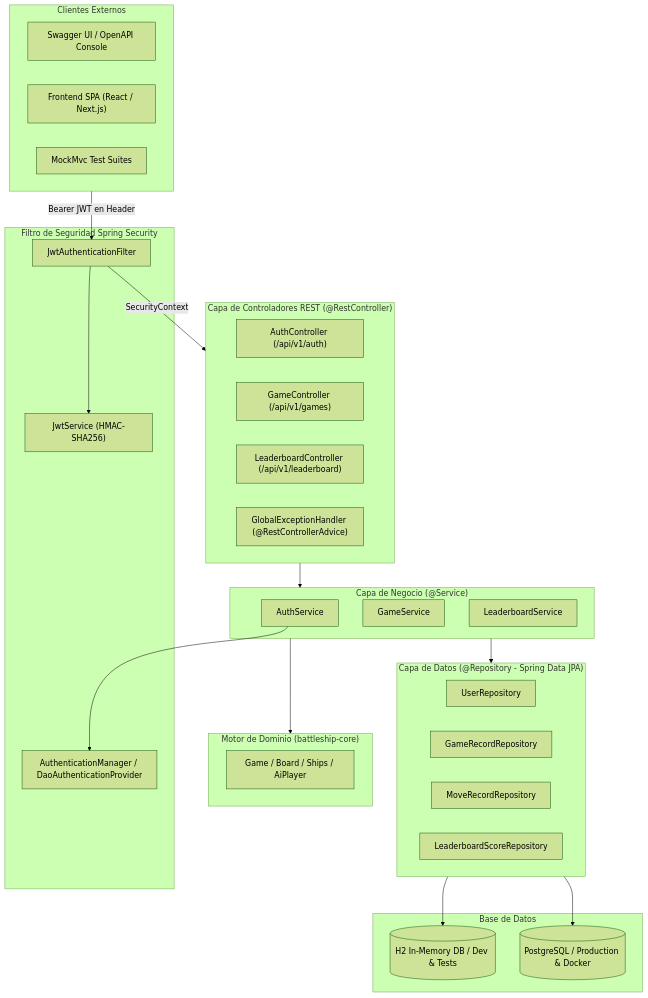
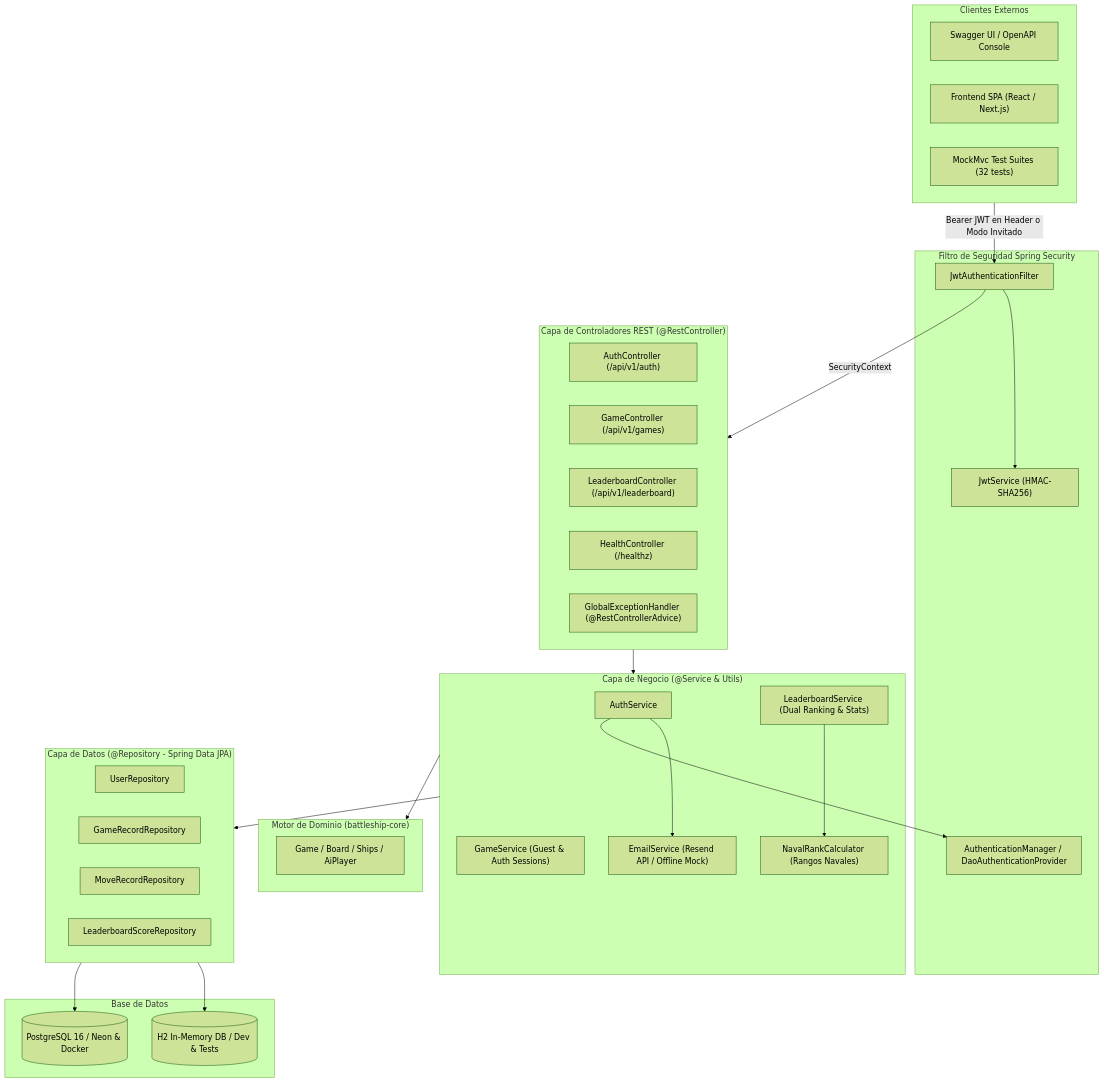
Before and after one commit to alvarofdeza/Battleship_IWSIM21-07: the fifth of 8 diagrams in modelado/ARQUITECTURA_Y_DISENO.md, drawn with Mermaid (forest theme). The commit also changed other lines of this file and 3 other files, not shown here.

Commit message:
docs: streamline historical roadmap and document milestone 5 architecture, scoring and 91 tests

````diff
--- a/modelado/ARQUITECTURA_Y_DISENO.md
+++ b/modelado/ARQUITECTURA_Y_DISENO.md
@@ -224,53 +224,58 @@
 ```mermaid
 flowchart TD
     subgraph ClientLayer ["Clientes Externos"]
         SWAGGER["Swagger UI / OpenAPI Console"]
         SPA["Frontend SPA (React / Next.js)"]
-        TESTS["MockMvc Test Suites"]
+        TESTS["MockMvc Test Suites (32 tests)"]
     end
 
     subgraph SecurityBoundary ["Filtro de Seguridad Spring Security"]
         JWT_FILTER["JwtAuthenticationFilter"]
         JWT_SERVICE["JwtService (HMAC-SHA256)"]
         AUTH_MGR["AuthenticationManager / DaoAuthenticationProvider"]
     end
 
     subgraph RestControllers ["Capa de Controladores REST (@RestController)"]
         AC_REST["AuthController (/api/v1/auth)"]
         GC_REST["GameController (/api/v1/games)"]
         LC_REST["LeaderboardController (/api/v1/leaderboard)"]
+        HC_REST["HealthController (/healthz)"]
         EX_ADVICE["GlobalExceptionHandler (@RestControllerAdvice)"]
     end
 
-    subgraph BusinessServices ["Capa de Negocio (@Service)"]
+    subgraph BusinessServices ["Capa de Negocio (@Service & Utils)"]
         AUTH_SRV["AuthService"]
-        GAME_SRV["GameService"]
-        LEAD_SRV["LeaderboardService"]
+        GAME_SRV["GameService (Guest & Auth Sessions)"]
+        LEAD_SRV["LeaderboardService (Dual Ranking & Stats)"]
+        EMAIL_SRV["EmailService (Resend API / Offline Mock)"]
+        RANK_CALC["NavalRankCalculator (Rangos Navales)"]
     end
 
     subgraph CoreEngineModule ["Motor de Dominio (battleship-core)"]
         CORE_GAME["Game / Board / Ships / AiPlayer"]
     end
 
     subgraph DataRepositories ["Capa de Datos (@Repository - Spring Data JPA)"]
         USER_REPO["UserRepository"]
         GAME_REPO["GameRecordRepository"]
         MOVE_REPO["MoveRecordRepository"]
         LEAD_REPO["LeaderboardScoreRepository"]
     end
 
     subgraph DatabaseLayer ["Base de Datos"]
         H2_DB[(H2 In-Memory DB / Dev & Tests)]
-        PG_DB[(PostgreSQL / Production & Docker)]
+        PG_DB[(PostgreSQL 16 / Neon & Docker)]
     end
 
-    ClientLayer -->|Bearer JWT en Header| JWT_FILTER
+    ClientLayer -->|Bearer JWT en Header o Modo Invitado| JWT_FILTER
     JWT_FILTER --> JWT_SERVICE
     JWT_FILTER -->|SecurityContext| RestControllers
     RestControllers --> BusinessServices
+    AUTH_SRV --> EMAIL_SRV
+    LEAD_SRV --> RANK_CALC
     BusinessServices --> CoreEngineModule
     BusinessServices --> DataRepositories
     DataRepositories --> H2_DB
     DataRepositories --> PG_DB
     AUTH_SRV --> AUTH_MGR
 ```
````
